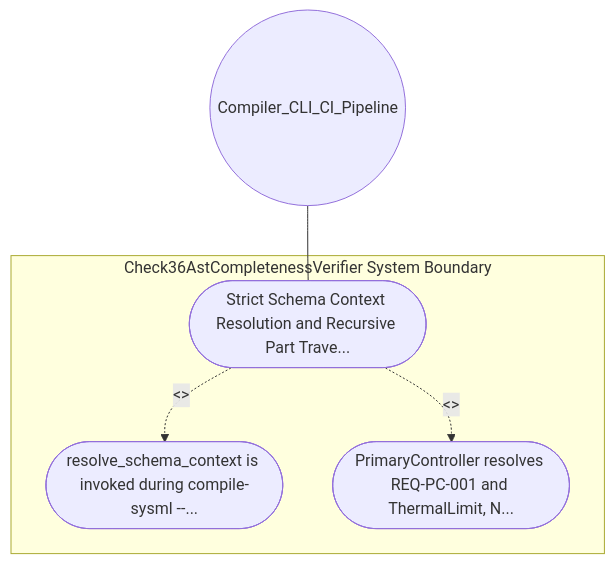
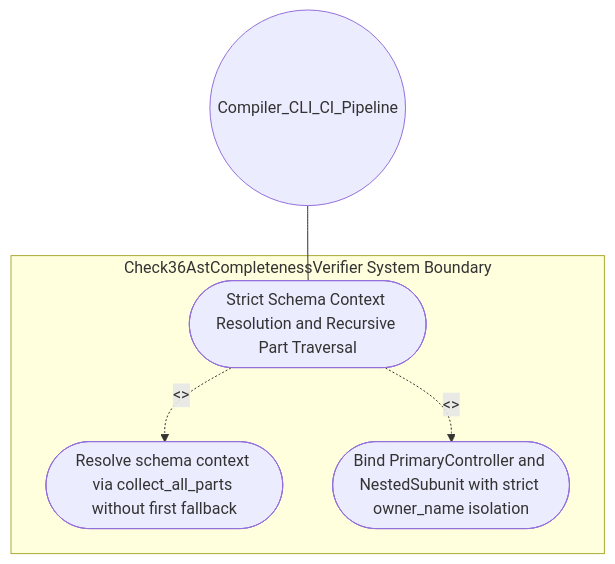
Before and after one commit to gintatkinson/DEAP01-spec-core: the diagram in .pipeline/upstream/docs/use-cases/UC-22-Strict_Schema_Context_Resolution_and_Recursive_Part_Traversal.md, drawn with Mermaid. The commit also changed other lines of this file and 225 other files, not shown here.

````diff
--- a/.pipeline/upstream/docs/use-cases/UC-22-Strict_Schema_Context_Resolution_and_Recursive_Part_Traversal.md
+++ b/.pipeline/upstream/docs/use-cases/UC-22-Strict_Schema_Context_Resolution_and_Recursive_Part_Traversal.md
@@ -16,11 +16,11 @@
 ```mermaid
 graph TD
     subgraph "Check36AstCompletenessVerifier System Boundary"
-        UC_Main(["Strict Schema Context Resolution and Recursive Part Trave..."])
-        UC_Step01(["resolve_schema_context is invoked during compile-sysml --..."])
-        UC_Step02(["PrimaryController resolves REQ-PC-001 and ThermalLimit, N..."])
+        UC_Main(["Strict Schema Context Resolution and Recursive Part Traversal"])
+        UC_Step01(["Resolve schema context via collect_all_parts without first fallback"])
+        UC_Step02(["Bind PrimaryController and NestedSubunit with strict owner_name isolation"])
     end
     Compiler_CLI_CI_Pipeline(("Compiler_CLI_CI_Pipeline")) --- UC_Main
     UC_Main -. "<<include>>" .-> UC_Step01
     UC_Main -. "<<include>>" .-> UC_Step02
 ```
````
